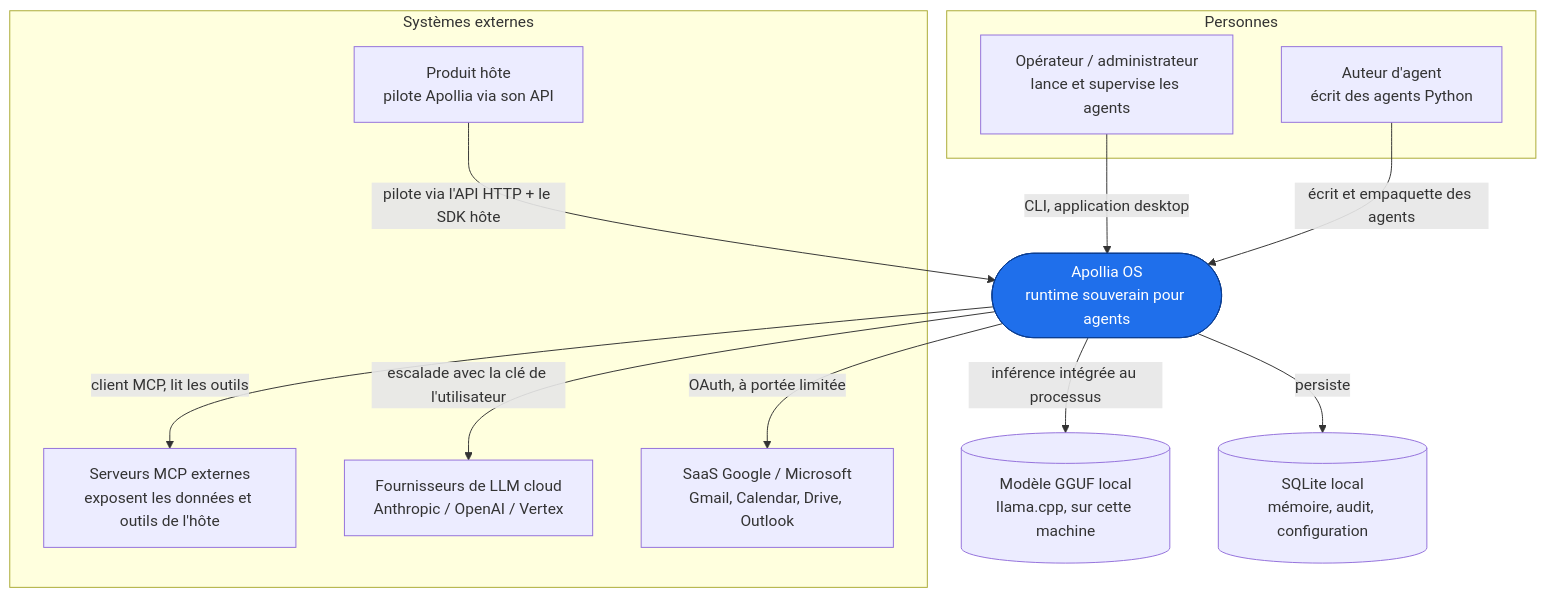
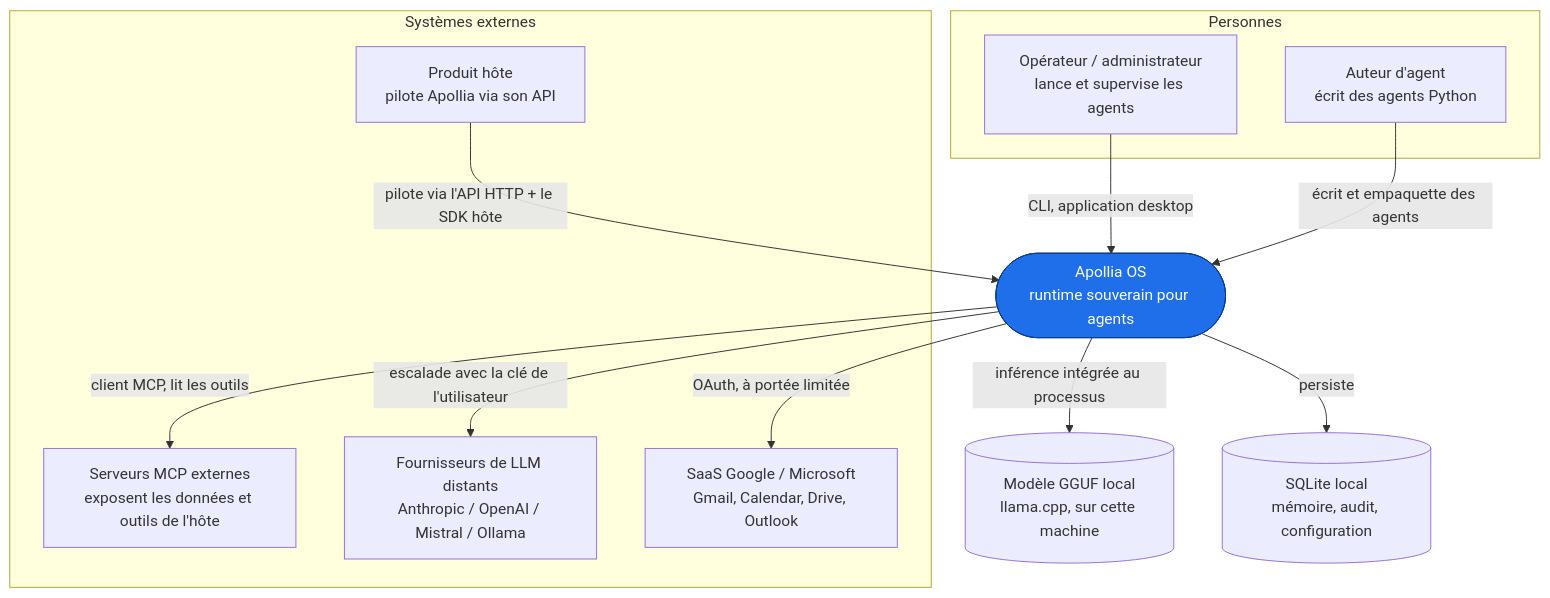
Before and after one commit to nidal-z/apollia-os: the diagram in docs/site/i18n/fr/docusaurus-plugin-content-docs/current/architecture/03-context-and-scope.md, drawn with Mermaid. The commit also changed other lines of this file and 106 other files, not shown here.

````diff
--- a/docs/site/i18n/fr/docusaurus-plugin-content-docs/current/architecture/03-context-and-scope.md
+++ b/docs/site/i18n/fr/docusaurus-plugin-content-docs/current/architecture/03-context-and-scope.md
@@ -15,31 +15,31 @@
 ```mermaid
 flowchart TB
     subgraph external_people [Personnes]
         operator["Opérateur / administrateur<br/>lance et supervise les agents"]
         author["Auteur d'agent<br/>écrit des agents Python"]
     end
 
     subgraph external_systems [Systèmes externes]
         host["Produit hôte<br/>pilote Apollia via son API"]
         mcp["Serveurs MCP externes<br/>exposent les données et outils de l'hôte"]
-        cloud["Fournisseurs de LLM cloud<br/>Anthropic / OpenAI / Vertex"]
+        cloud["Fournisseurs de LLM distants<br/>Anthropic / OpenAI / Mistral / Ollama"]
         saas["SaaS Google / Microsoft<br/>Gmail, Calendar, Drive, Outlook"]
     end
 
     apollia(["Apollia OS<br/>runtime souverain pour agents"])
 
     localmodel[("Modèle GGUF local<br/>llama.cpp, sur cette machine")]
     localdb[("SQLite local<br/>mémoire, audit, configuration")]
 
     operator -->|CLI, application desktop| apollia
     author -->|écrit et empaquette des agents| apollia
     host -->|pilote via l'API HTTP + le SDK hôte| apollia
     apollia -->|client MCP, lit les outils| mcp
     apollia -->|escalade avec la clé de l'utilisateur| cloud
     apollia -->|OAuth, à portée limitée| saas
     apollia -->|inférence intégrée au processus| localmodel
     apollia -->|persiste| localdb
 
     classDef sys fill:#1f6feb,stroke:#0b3d91,color:#fff;
     class apollia sys;
 ```
````
